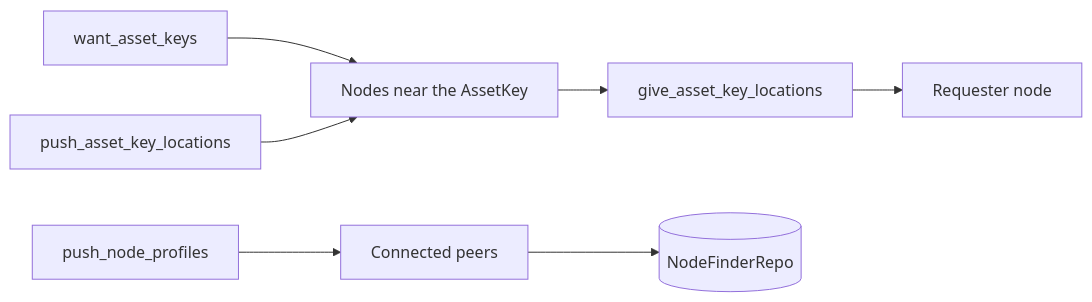
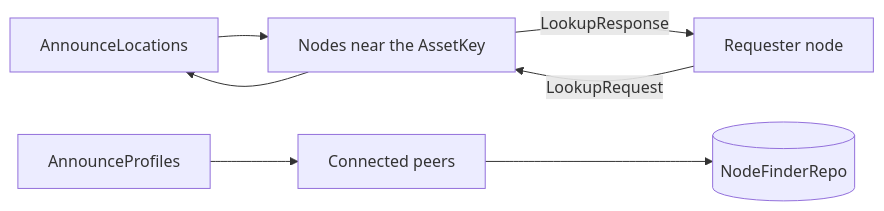
Before and after one commit to omnius-labs/axus: the diagram in docs/design/node-finder.md, drawn with Mermaid. The commit also changed other lines of this file and 3 other files, not shown here.

````diff
--- a/docs/design/node-finder.md
+++ b/docs/design/node-finder.md
@@ -40,18 +40,16 @@
 ```mermaid
 flowchart LR
-    Want[want_asset_keys]
-    Give[give_asset_key_locations]
-    Push[push_asset_key_locations]
-    Nodes[push_node_profiles]
+    Announce[AnnounceLocations]
+    Nodes[AnnounceProfiles]
     Near[Nodes near the AssetKey]
     Asker[Requester node]
     All[Connected peers]
     Repo[(NodeFinderRepo)]
 
-    Want --> Near
-    Push --> Near
-    Near --> Give
-    Give --> Asker
+    Announce --> Near
+    Near --> Announce
     Nodes --> All
     All --> Repo
+    Asker -->|LookupRequest| Near
+    Near -->|LookupResponse| Asker
 ```
````
